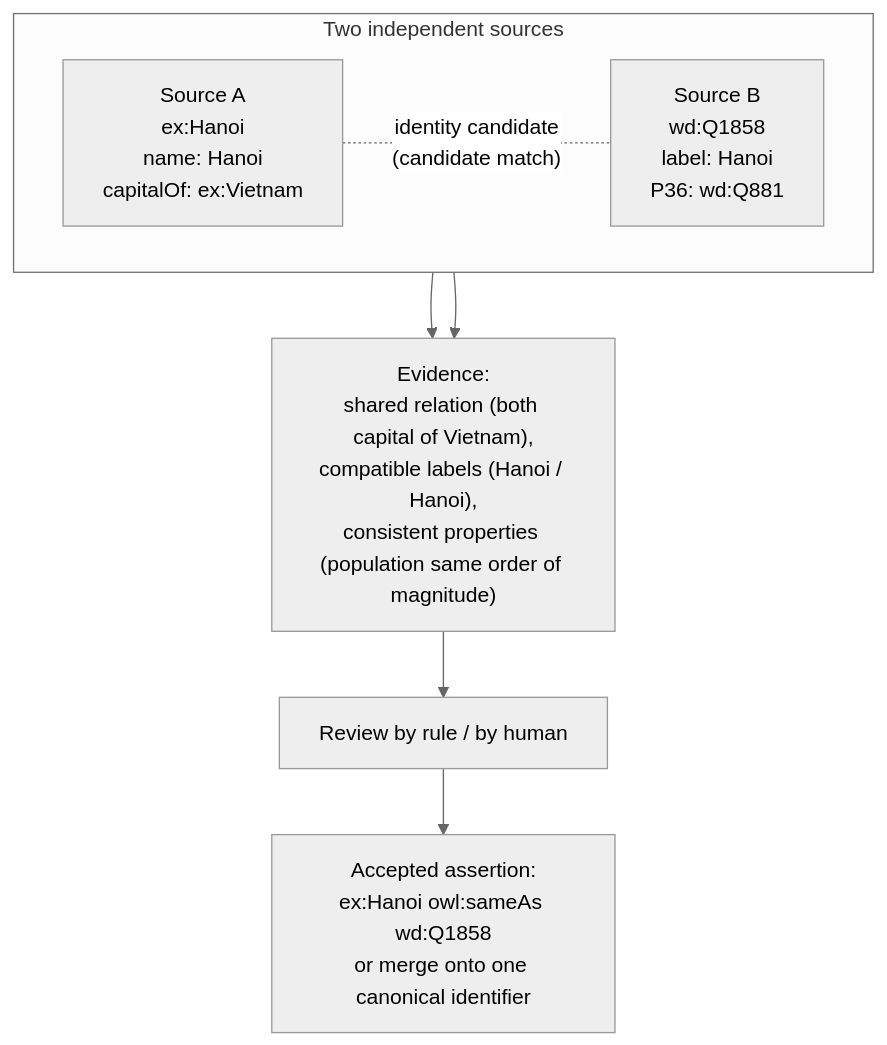
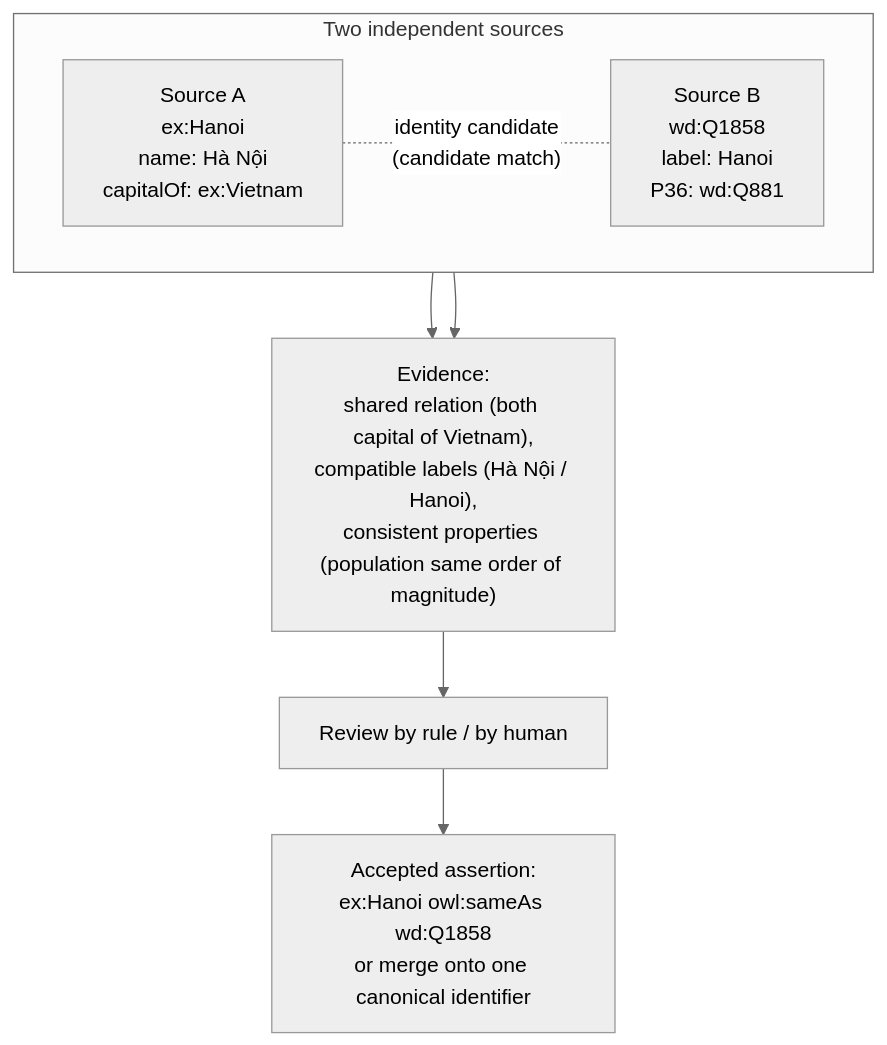
Before and after one commit to MinhTuan76800310/knowledge_graph_learning-journey: the second of 4 diagrams in book-en/chapter03.md, drawn with Mermaid. The commit also changed other lines of this file, not shown here.

````diff
--- a/book-en/chapter03.md
+++ b/book-en/chapter03.md
@@ -439,15 +452,15 @@
 ```mermaid
 %%{init: {"theme": "neutral"} }%%
 graph TB
     subgraph SRC["Two independent sources"]
         direction LR
-        A["Source A<br/>ex:Hanoi<br/>name: Hanoi<br/>capitalOf: ex:Vietnam"]
+        A["Source A<br/>ex:Hanoi<br/>name: Hà Nội<br/>capitalOf: ex:Vietnam"]
         B["Source B<br/>wd:Q1858<br/>label: Hanoi<br/>P36: wd:Q881"]
     end
     A -. "identity candidate<br/>(candidate match)" .- B
     A --> EV
     B --> EV
-    EV["Evidence:<br/>shared relation (both capital of Vietnam),<br/>compatible labels (Hanoi / Hanoi),<br/>consistent properties (population same order of magnitude)"]
+    EV["Evidence:<br/>shared relation (both capital of Vietnam),<br/>compatible labels (Hà Nội / Hanoi),<br/>consistent properties (population same order of magnitude)"]
     EV --> RV["Review by rule / by human"]
     RV --> AS["Accepted assertion:<br/>ex:Hanoi owl:sameAs wd:Q1858<br/>or merge onto one canonical identifier"]
 ```
````
